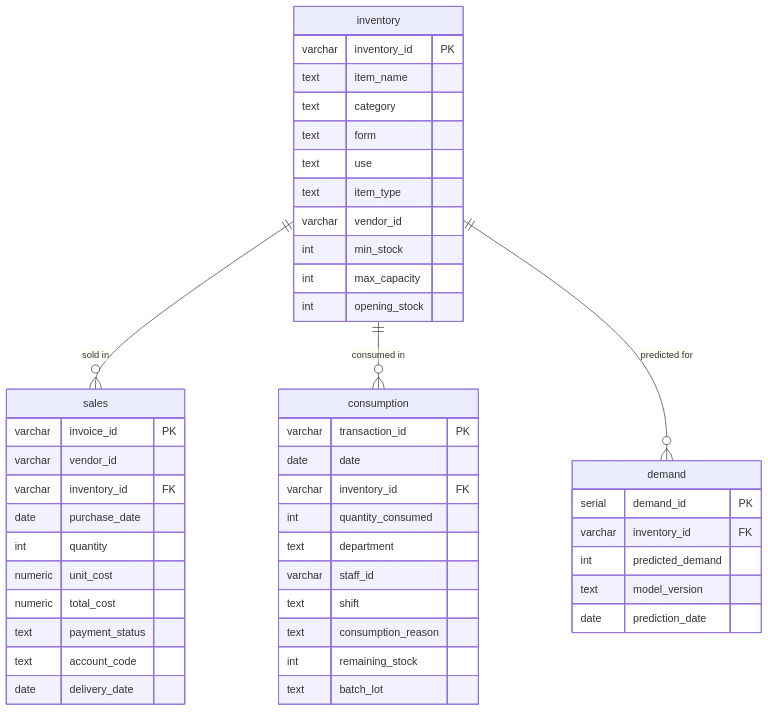
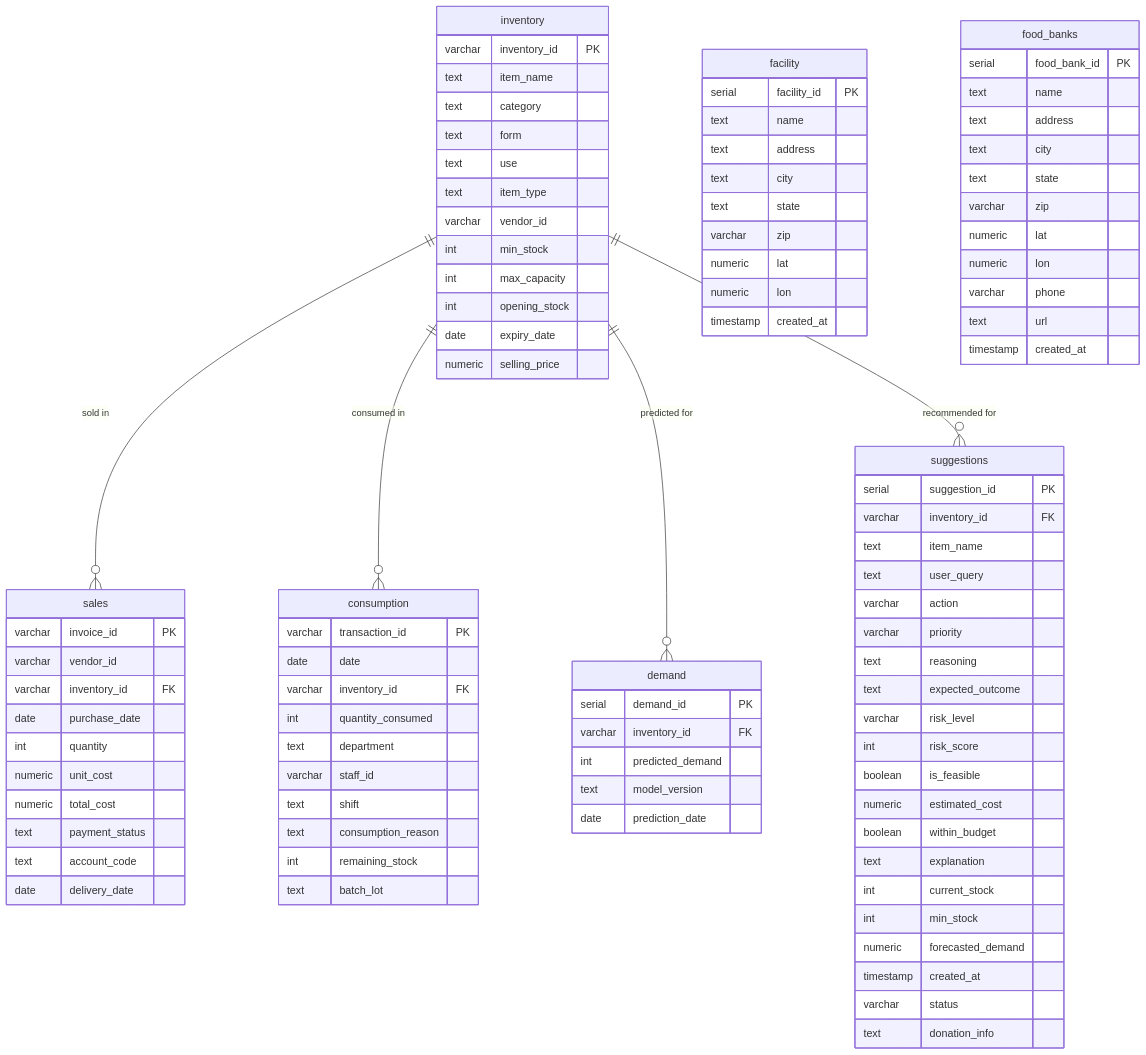
The diagram in database/er-diagram-and-normalization.md (MeghaN28/SmartCartAI), drawn with Mermaid before and after one commit. The commit also changed other lines of this file and 20 other files, not shown here.

````diff
--- a/database/er-diagram-and-normalization.md
+++ b/database/er-diagram-and-normalization.md
@@ -11,6 +11,7 @@
     inventory ||--o{ sales : "sold in"
     inventory ||--o{ consumption : "consumed in"
     inventory ||--o{ demand : "predicted for"
+    inventory ||--o{ suggestions : "recommended for"
 
     inventory {
         varchar inventory_id PK
@@ -23,6 +24,8 @@
         int min_stock
         int max_capacity
         int opening_stock
+        date expiry_date
+        numeric selling_price
     }
 
     sales {
@@ -58,4 +61,53 @@
         text model_version
         date prediction_date
     }
+
+    suggestions {
+        serial suggestion_id PK
+        varchar inventory_id FK
+        text item_name
+        text user_query
+        varchar action
+        varchar priority
+        text reasoning
+        text expected_outcome
+        varchar risk_level
+        int risk_score
+        boolean is_feasible
+        numeric estimated_cost
+        boolean within_budget
+        text explanation
+        int current_stock
+        int min_stock
+        numeric forecasted_demand
+        timestamp created_at
+        varchar status
+        text donation_info
+    }
+
+    facility {
+        serial facility_id PK
+        text name
+        text address
+        text city
+        text state
+        varchar zip
+        numeric lat
+        numeric lon
+        timestamp created_at
+    }
+
+    food_banks {
+        serial food_bank_id PK
+        text name
+        text address
+        text city
+        text state
+        varchar zip
+        numeric lat
+        numeric lon
+        varchar phone
+        text url
+        timestamp created_at
+    }
 ```
````
